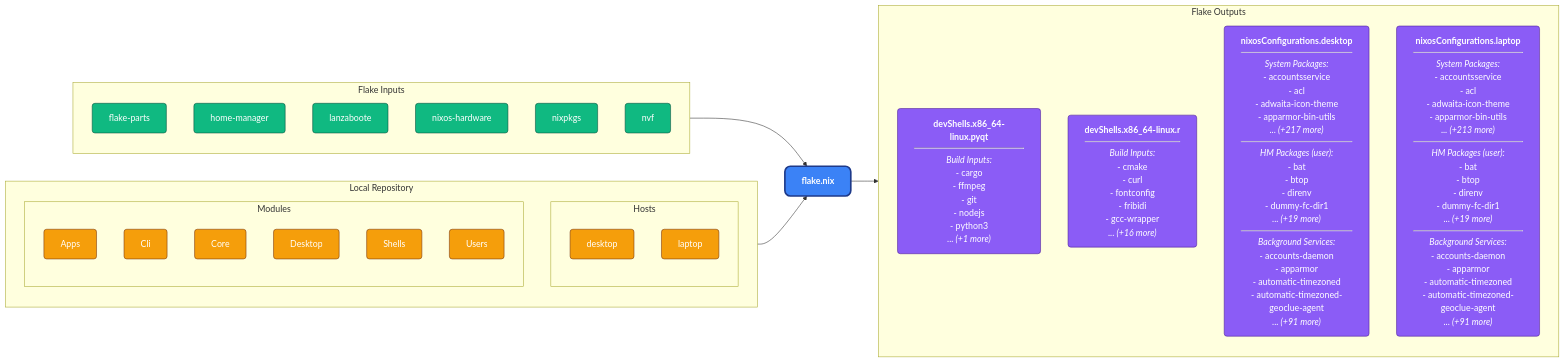
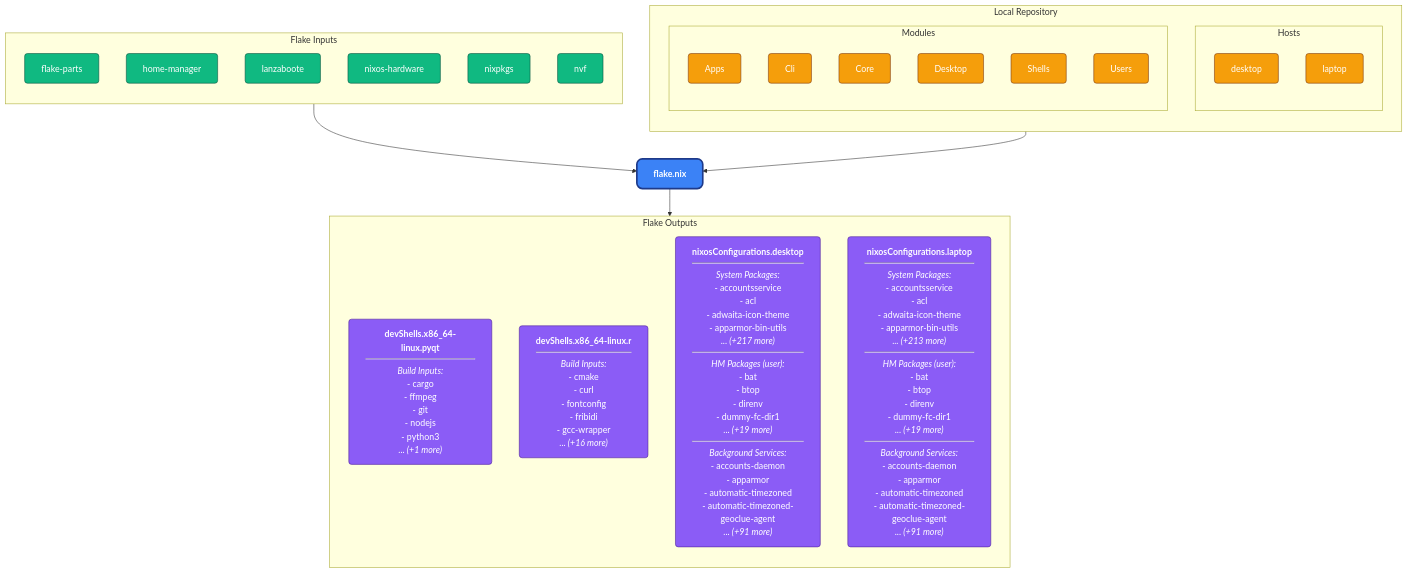
The diagram in README.md (samuel-garmany/NixOS), drawn with Mermaid before and after one commit. The commit also changed 1 other file, not shown here.

Commit message:
style: change mermaid layout to top-down to accommodate wide node text

````diff
--- a/README.md
+++ b/README.md
@@ -18,47 +18,47 @@
 ```mermaid
-graph LR
+graph TD
   classDef flake fill:#3b82f6,stroke:#1e3a8a,stroke-width:3px,color:#fff,font-weight:bold,rx:10,ry:10;
   classDef input fill:#10b981,stroke:#064e3b,color:#fff,rx:5,ry:5;
   classDef local fill:#f59e0b,stroke:#78350f,color:#fff,rx:5,ry:5;
   classDef output fill:#8b5cf6,stroke:#4c1d95,color:#fff,rx:5,ry:5;
   Flake[flake.nix]:::flake
 
   subgraph Inputs [Flake Inputs]
     direction TB
     in_flake_parts[flake-parts]:::input
     in_home_manager[home-manager]:::input
     in_lanzaboote[lanzaboote]:::input
     in_nixos_hardware[nixos-hardware]:::input
     in_nixpkgs[nixpkgs]:::input
     in_nvf[nvf]:::input
   end
   Inputs --> Flake
 
   subgraph Local [Local Repository]
     direction TB
     subgraph Hosts
       direction TB
       h_desktop[desktop]:::local
       h_laptop[laptop]:::local
     end
     subgraph Modules
       direction TB
       m_apps[Apps]:::local
       m_cli[Cli]:::local
       m_core[Core]:::local
       m_desktop[Desktop]:::local
       m_shells[Shells]:::local
       m_users[Users]:::local
     end
   end
   Local --> Flake
 
   subgraph Outputs [Flake Outputs]
     direction TB
     out_devShells_x86_64_linux_pyqt["<b>devShells.x86_64-linux.pyqt</b><hr/><i>Build Inputs:</i><br/>- cargo<br/>- ffmpeg<br/>- git<br/>- nodejs<br/>- python3<br/><i>... (+1 more)</i>"]:::output
     out_devShells_x86_64_linux_r["<b>devShells.x86_64-linux.r</b><hr/><i>Build Inputs:</i><br/>- cmake<br/>- curl<br/>- fontconfig<br/>- fribidi<br/>- gcc-wrapper<br/><i>... (+16 more)</i>"]:::output
     out_nixosConfigurations_desktop["<b>nixosConfigurations.desktop</b><hr/><i>System Packages:</i><br/>- accountsservice<br/>- acl<br/>- adwaita-icon-theme<br/>- apparmor-bin-utils<br/><i>... (+217 more)</i><hr/><i>HM Packages (user):</i><br/>- bat<br/>- btop<br/>- direnv<br/>- dummy-fc-dir1<br/><i>... (+19 more)</i><hr/><i>Background Services:</i><br/>- accounts-daemon<br/>- apparmor<br/>- automatic-timezoned<br/>- automatic-timezoned-geoclue-agent<br/><i>... (+91 more)</i>"]:::output
     out_nixosConfigurations_laptop["<b>nixosConfigurations.laptop</b><hr/><i>System Packages:</i><br/>- accountsservice<br/>- acl<br/>- adwaita-icon-theme<br/>- apparmor-bin-utils<br/><i>... (+213 more)</i><hr/><i>HM Packages (user):</i><br/>- bat<br/>- btop<br/>- direnv<br/>- dummy-fc-dir1<br/><i>... (+19 more)</i><hr/><i>Background Services:</i><br/>- accounts-daemon<br/>- apparmor<br/>- automatic-timezoned<br/>- automatic-timezoned-geoclue-agent<br/><i>... (+91 more)</i>"]:::output
   end
   Flake --> Outputs
 ```
````
